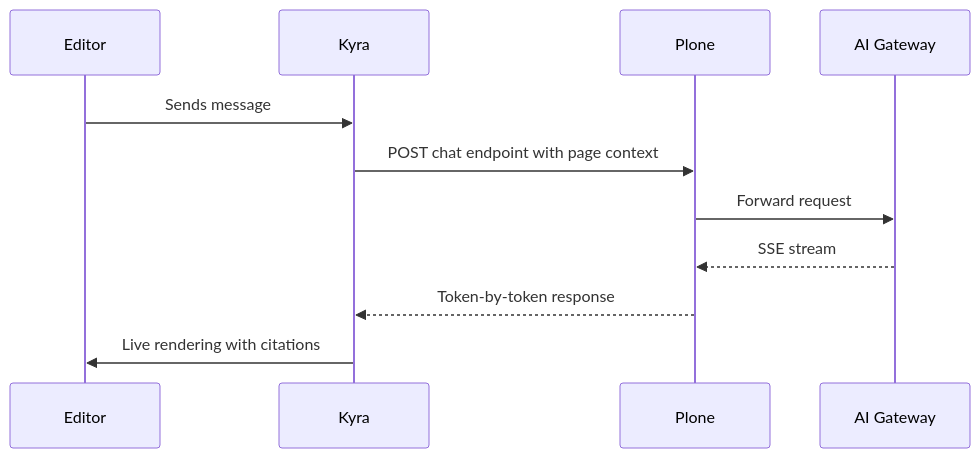
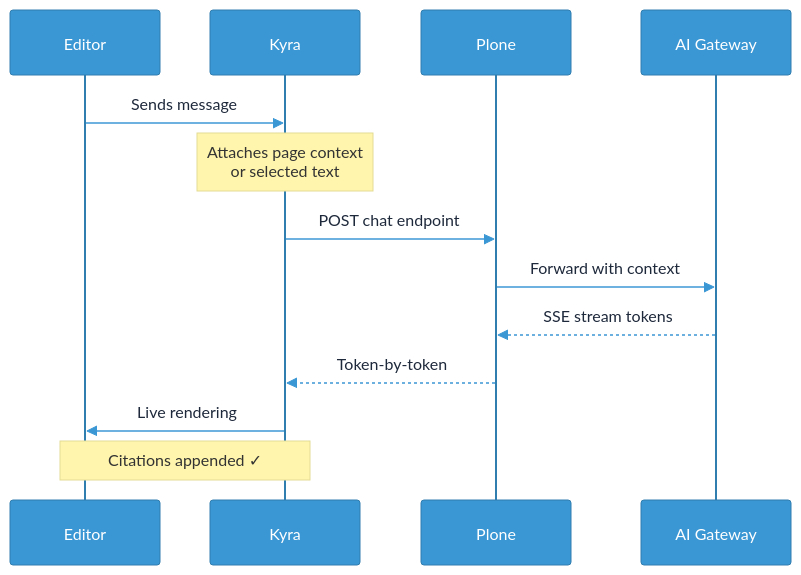
One commit to interaktivgmbh/volto-interaktiv-kyra changed the third of 6 diagrams in README.md. Above: the diagram before and after it, drawn with Mermaid. The commit also changed other lines of this file, not shown here.

Commit message:
Enhance README with updated interactive showcase, refined Mermaid diagrams, and improved visualization styles

````diff
--- a/README.md
+++ b/README.md
@@ -102,14 +117,17 @@
 ```mermaid
+%%{init: {'theme': 'base', 'themeVariables': {'primaryColor': '#e8f4fd', 'primaryBorderColor': '#3b97d4', 'primaryTextColor': '#1e293b', 'lineColor': '#3b97d4', 'signalColor': '#3b97d4', 'actorBkg': '#3b97d4', 'actorTextColor': '#fff', 'actorBorder': '#307db0'}}}%%
 sequenceDiagram
     participant Editor
     participant Kyra
     participant Plone
     participant AI as AI Gateway
 
     Editor->>Kyra: Sends message
-    Kyra->>Plone: POST chat endpoint with page context
-    Plone->>AI: Forward request
-    AI-->>Plone: SSE stream
-    Plone-->>Kyra: Token-by-token response
-    Kyra->>Editor: Live rendering with citations
+    Note over Kyra: Attaches page context<br/>or selected text
+    Kyra->>Plone: POST chat endpoint
+    Plone->>AI: Forward with context
+    AI-->>Plone: SSE stream tokens
+    Plone-->>Kyra: Token-by-token
+    Kyra->>Editor: Live rendering
+    Note over Kyra,Editor: Citations appended ✓
 ```
````
